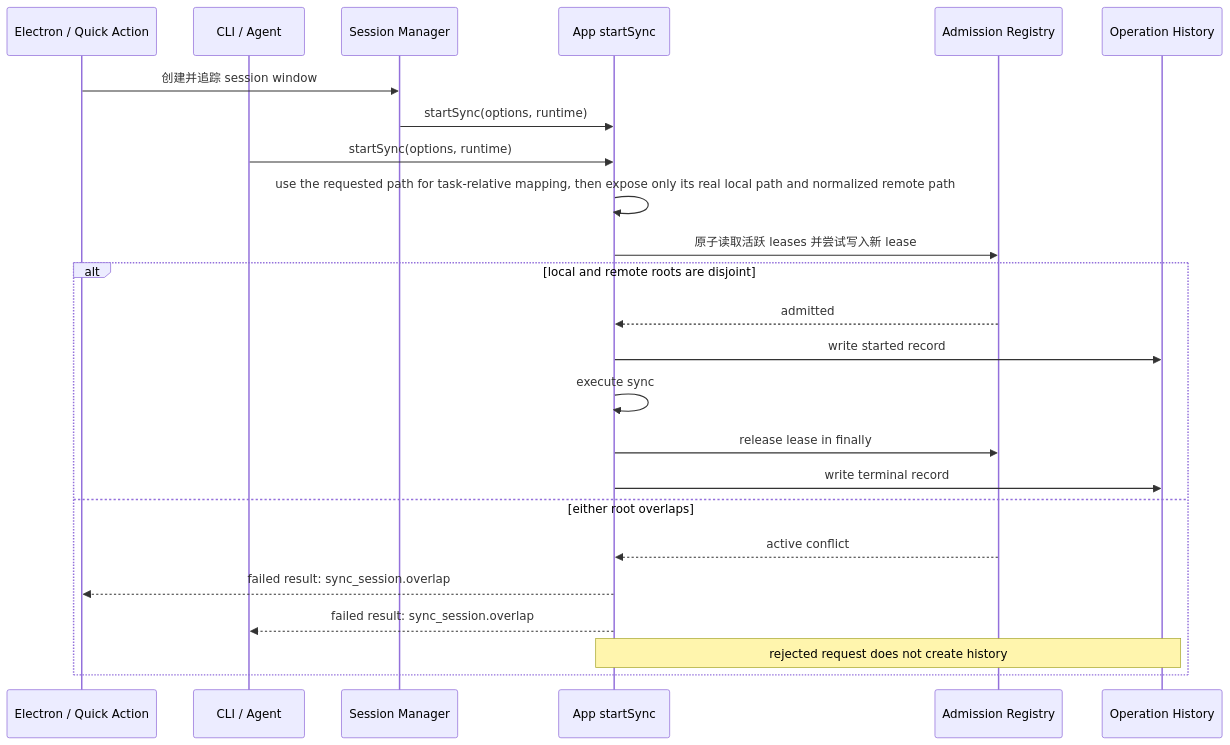
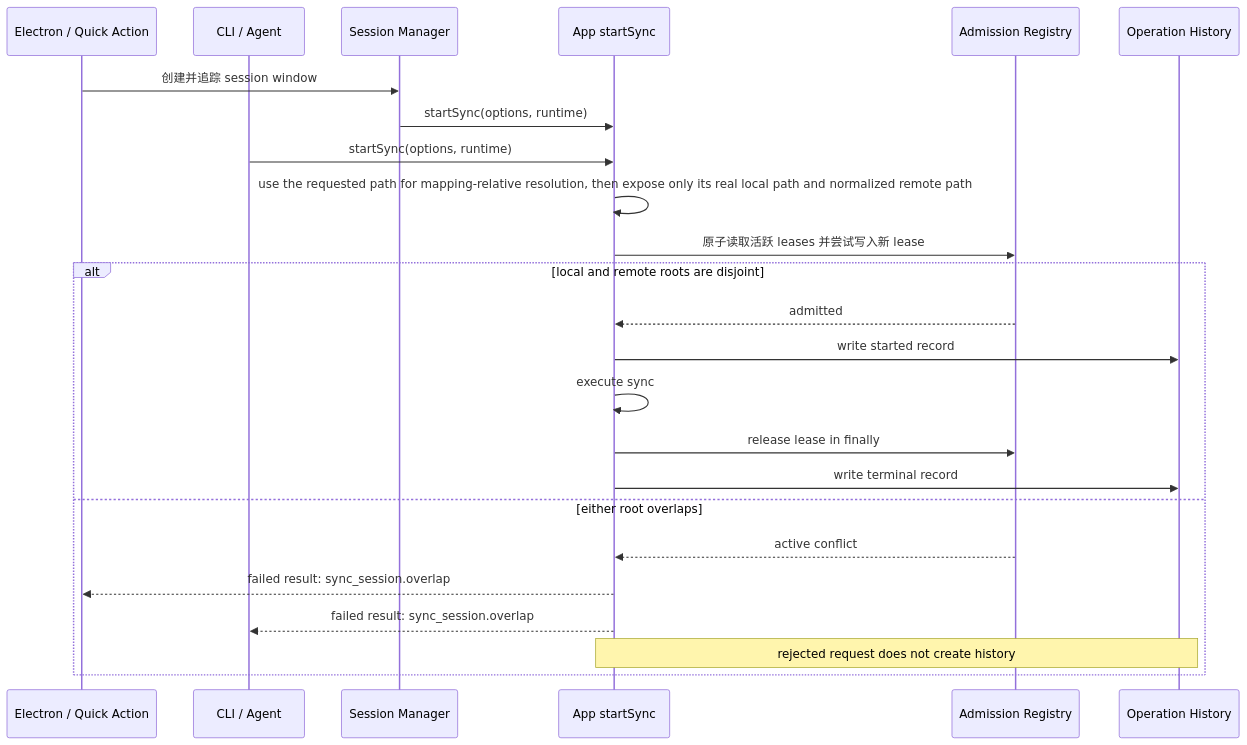
Before and after one commit to agalloch21/sync-with-rclone: diagram 11 of 15 in docs/Flows.md, drawn with Mermaid. The commit also changed other lines of this file and 68 other files, not shown here.

Commit message:
rename syncTask to mapping

````diff
--- a/docs/Flows.md
+++ b/docs/Flows.md
@@ -301,27 +301,27 @@
 ```mermaid
 sequenceDiagram
   participant E as Electron / Quick Action
   participant C as CLI / Agent
   participant SM as Session Manager
   participant A as App startSync
   participant R as Admission Registry
   participant H as Operation History
 
   E->>SM: 创建并追踪 session window
   SM->>A: startSync(options, runtime)
   C->>A: startSync(options, runtime)
-  A->>A: use the requested path for task-relative mapping, then expose only its real local path and normalized remote path
+  A->>A: use the requested path for mapping-relative resolution, then expose only its real local path and normalized remote path
   A->>R: 原子读取活跃 leases 并尝试写入新 lease
   alt local and remote roots are disjoint
     R-->>A: admitted
     A->>H: write started record
     A->>A: execute sync
     A->>R: release lease in finally
     A->>H: write terminal record
   else either root overlaps
     R-->>A: active conflict
     A-->>E: failed result: sync_session.overlap
     A-->>C: failed result: sync_session.overlap
     Note over A,H: rejected request does not create history
   end
 ```
````
